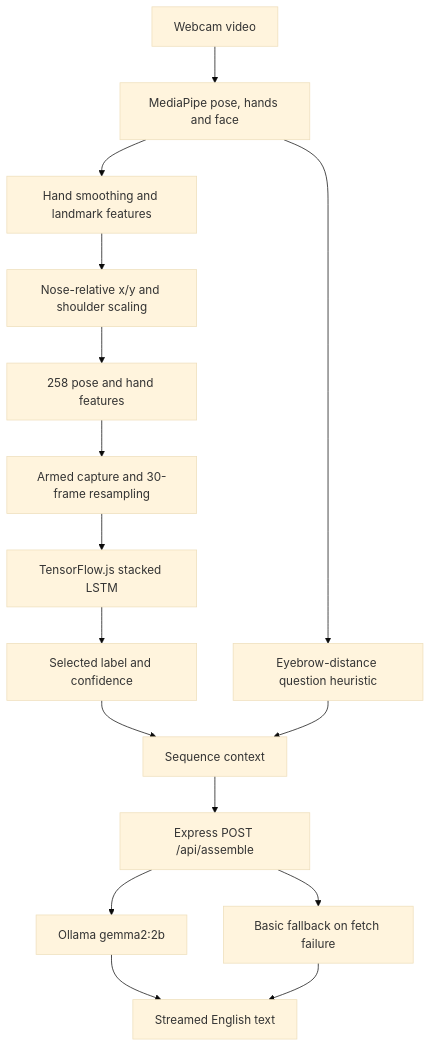
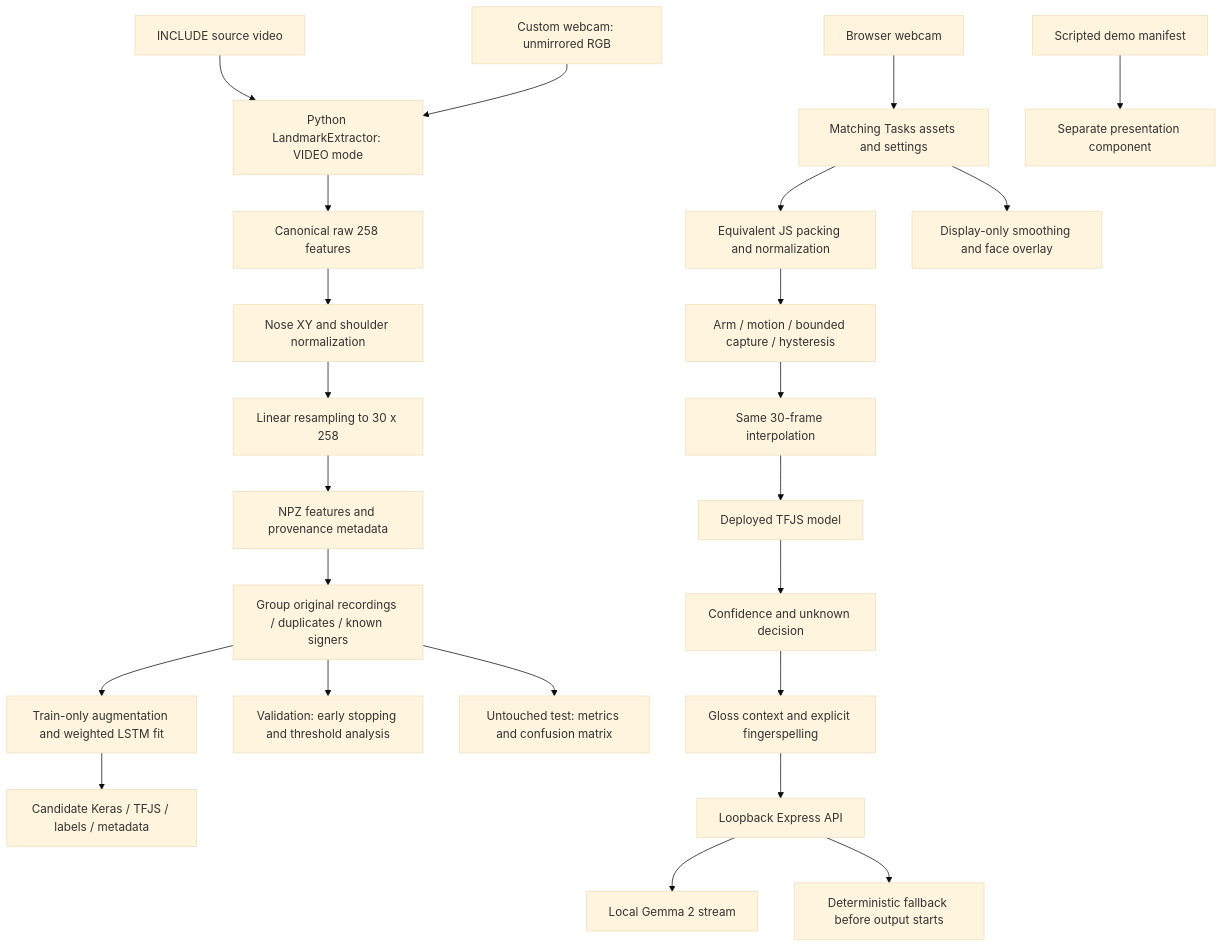
The diagram in docs/architecture.md (ujjwal-tiwari3039/Sanket-ISL-translator), drawn with Mermaid (base theme) before and after one commit. The commit also changed other lines of this file and 92 other files, not shown here.

````diff
--- a/docs/architecture.md
+++ b/docs/architecture.md
@@ -7,18 +5,26 @@
 ```mermaid
 flowchart TD
-    A[Webcam video] --> B[MediaPipe pose, hands and face]
-    B --> C[Hand smoothing and landmark features]
-    C --> D[Nose-relative x/y and shoulder scaling]
-    D --> E[258 pose and hand features]
-    E --> F[Armed capture and 30-frame resampling]
-    F --> G[TensorFlow.js stacked LSTM]
-    G --> H[Selected label and confidence]
-    H --> I[Sequence context]
-    I --> J[Express POST /api/assemble]
-    J --> K[Ollama gemma2:2b]
-    K --> L[Streamed English text]
-    J --> M[Basic fallback on fetch failure]
-    M --> L
-    B --> N[Eyebrow-distance question heuristic]
-    N --> I
+    A[INCLUDE source video] --> P[Python LandmarkExtractor: VIDEO mode]
+    B[Custom webcam: unmirrored RGB] --> P
+    P --> F[Canonical raw 258 features]
+    F --> N[Nose XY and shoulder normalization]
+    N --> S[Linear resampling to 30 x 258]
+    S --> DATA[NPZ features and provenance metadata]
+    DATA --> SPLIT[Group original recordings / duplicates / known signers]
+    SPLIT --> TRAIN[Train-only augmentation and weighted LSTM fit]
+    SPLIT --> VAL[Validation: early stopping and threshold analysis]
+    SPLIT --> TEST[Untouched test: metrics and confusion matrix]
+    TRAIN --> EXPORT[Candidate Keras / TFJS / labels / metadata]
+    C[Browser webcam] --> MP[Matching Tasks assets and settings]
+    MP --> JS[Equivalent JS packing and normalization]
+    MP --> DRAW[Display-only smoothing and face overlay]
+    JS --> CAP[Arm / motion / bounded capture / hysteresis]
+    CAP --> RS[Same 30-frame interpolation]
+    RS --> MODEL[Deployed TFJS model]
+    MODEL --> ACCEPT[Confidence and unknown decision]
+    ACCEPT --> CONTEXT[Gloss context and explicit fingerspelling]
+    CONTEXT --> API[Loopback Express API]
+    API --> OLLAMA[Local Gemma 2 stream]
+    API --> FALLBACK[Deterministic fallback before output starts]
+    DEMO[Scripted demo manifest] --> PRESENT[Separate presentation component]
 ```
````
